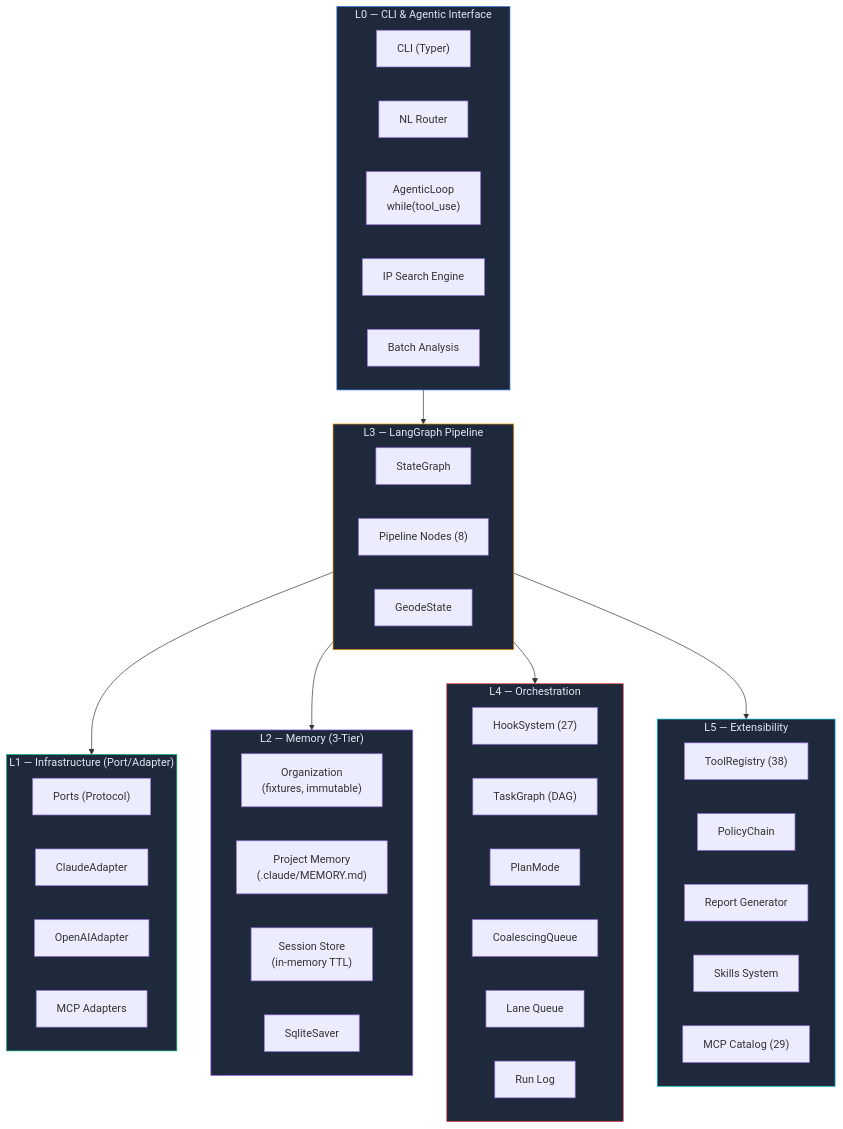
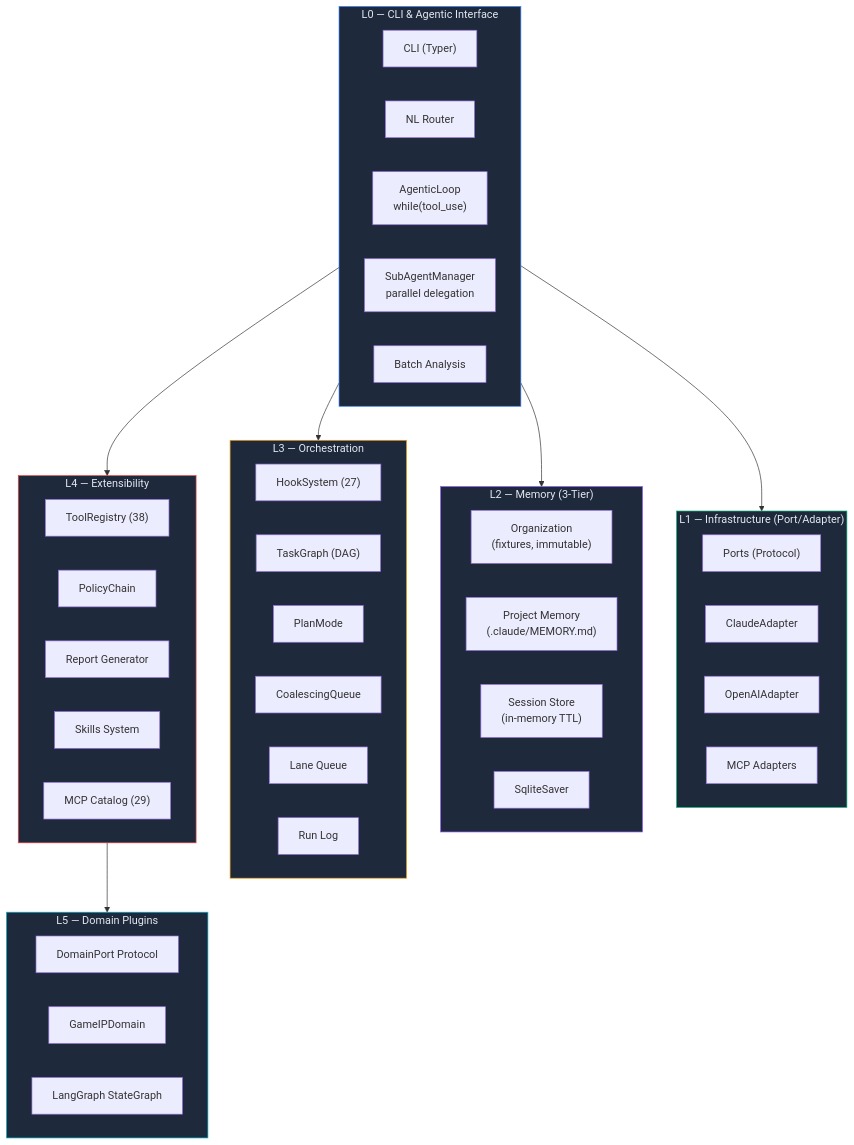
The first of 16 diagrams in README.md (mangowhoiscloud/geode), drawn with Mermaid before and after one commit. The commit also changed other lines of this file, not shown here.

Commit message:
docs: README 재구성 — 자율 실행 코어 상위 배치, Sub-Agent 섹션 신설, Game IP 파이프라인 플러그인 분리

````diff
--- a/README.md
+++ b/README.md
@@ -167,60 +143,60 @@
 ```mermaid
 graph TB
     subgraph L0["L0 — CLI & Agentic Interface"]
         CLI["CLI (Typer)"]
         NLR["NL Router"]
         AL["AgenticLoop<br/>while(tool_use)"]
-        Search["IP Search Engine"]
+        SubA["SubAgentManager<br/>parallel delegation"]
         Batch["Batch Analysis"]
     end
 
     subgraph L1["L1 — Infrastructure (Port/Adapter)"]
         direction LR
         Ports["Ports (Protocol)"]
         Claude["ClaudeAdapter"]
         OpenAI["OpenAIAdapter"]
         MCP["MCP Adapters"]
     end
 
     subgraph L2["L2 — Memory (3-Tier)"]
         Org["Organization<br/>(fixtures, immutable)"]
         Project["Project Memory<br/>(.claude/MEMORY.md)"]
         Session["Session Store<br/>(in-memory TTL)"]
         Checkpoint["SqliteSaver"]
     end
 
-    subgraph L3["L3 — LangGraph Pipeline"]
-        Graph["StateGraph"]
-        Nodes["Pipeline Nodes (8)"]
-        State["GeodeState"]
-    end
-
-    subgraph L4["L4 — Orchestration"]
+    subgraph L3["L3 — Orchestration"]
         Hooks["HookSystem (27)"]
         Tasks["TaskGraph (DAG)"]
         Plan["PlanMode"]
         Coal["CoalescingQueue"]
         Lanes["Lane Queue"]
         RunLog["Run Log"]
     end
 
-    subgraph L5["L5 — Extensibility"]
+    subgraph L4["L4 — Extensibility"]
         Tools["ToolRegistry (38)"]
         Policy["PolicyChain"]
         Reports["Report Generator"]
         Skills["Skills System"]
         MCPCat["MCP Catalog (29)"]
     end
 
+    subgraph L5["L5 — Domain Plugins"]
+        Domain["DomainPort Protocol"]
+        GameIP["GameIPDomain"]
+        Pipeline["LangGraph StateGraph"]
+    end
+
+    L0 --> L1
+    L0 --> L2
     L0 --> L3
-    L3 --> L1
-    L3 --> L2
-    L3 --> L4
-    L3 --> L5
+    L0 --> L4
+    L4 --> L5
     style L0 fill:#1e293b,stroke:#3b82f6,color:#e2e8f0
     style L1 fill:#1e293b,stroke:#10b981,color:#e2e8f0
     style L2 fill:#1e293b,stroke:#8b5cf6,color:#e2e8f0
     style L3 fill:#1e293b,stroke:#f59e0b,color:#e2e8f0
     style L4 fill:#1e293b,stroke:#ef4444,color:#e2e8f0
     style L5 fill:#1e293b,stroke:#06b6d4,color:#e2e8f0
 ```
````
